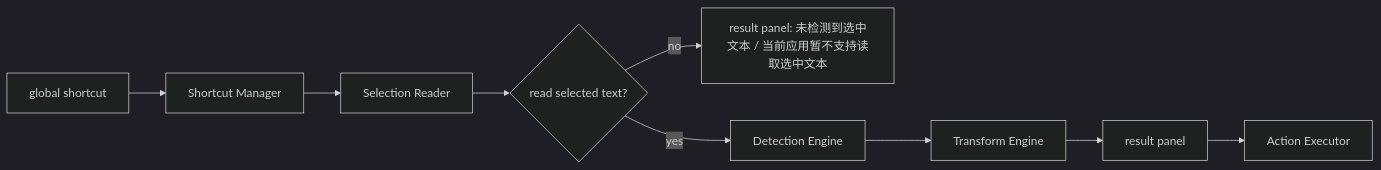
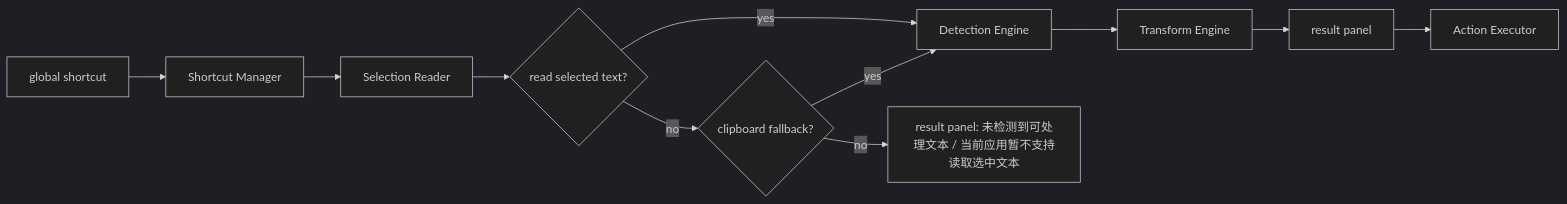
The first of 3 diagrams in docs/architecture/mac-text-actions-architecture.md (SaneHe/mac-tools), drawn with Mermaid (dark theme) before and after one commit. The commit also changed other lines of this file and 13 other files, not shown here.

````diff
--- a/docs/architecture/mac-text-actions-architecture.md
+++ b/docs/architecture/mac-text-actions-architecture.md
@@ -107,11 +108,13 @@
 ```mermaid
 flowchart LR
     A["global shortcut"] --> B["Shortcut Manager"]
     B --> C["Selection Reader"]
     C --> D{"read selected text?"}
-    D -- "no" --> E["result panel: 未检测到选中文本 / 当前应用暂不支持读取选中文本"]
-    D -- "yes" --> F["Detection Engine"]
-    F --> G["Transform Engine"]
-    G --> H["result panel"]
-    H --> I["Action Executor"]
+    D -- "yes" --> E["Detection Engine"]
+    D -- "no" --> F{"clipboard fallback?"}
+    F -- "yes" --> E
+    F -- "no" --> G["result panel: 未检测到可处理文本 / 当前应用暂不支持读取选中文本"]
+    E --> H["Transform Engine"]
+    H --> I["result panel"]
+    I --> J["Action Executor"]
 ```
````
